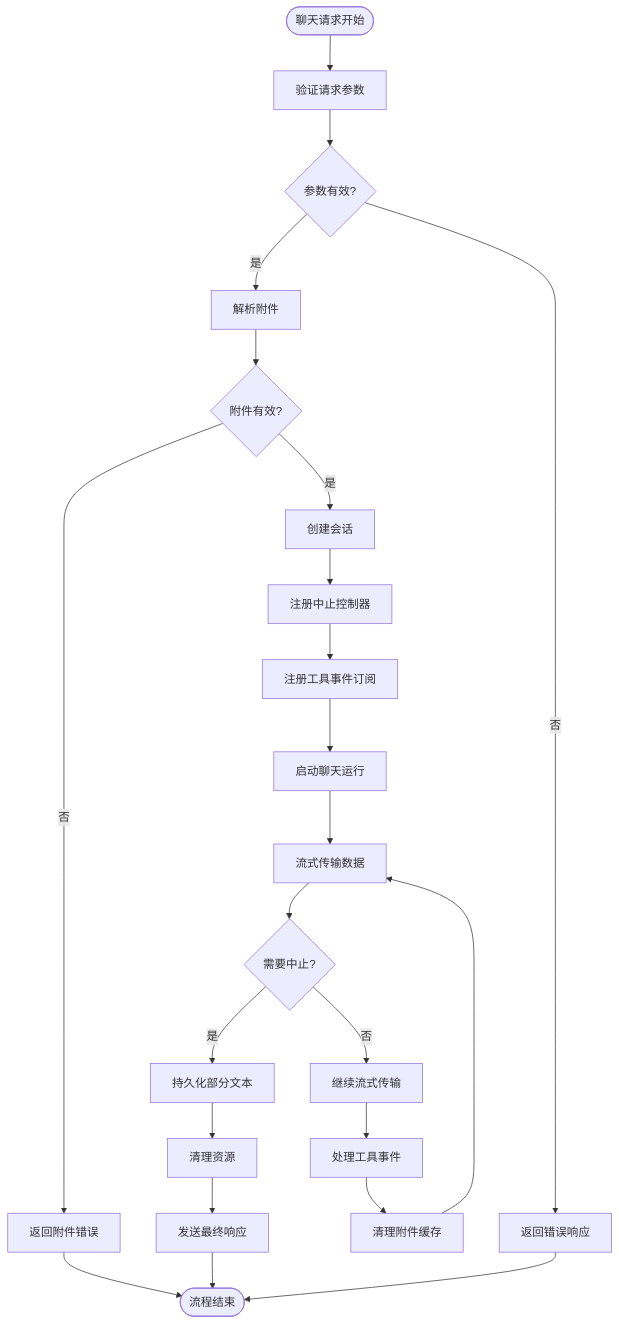
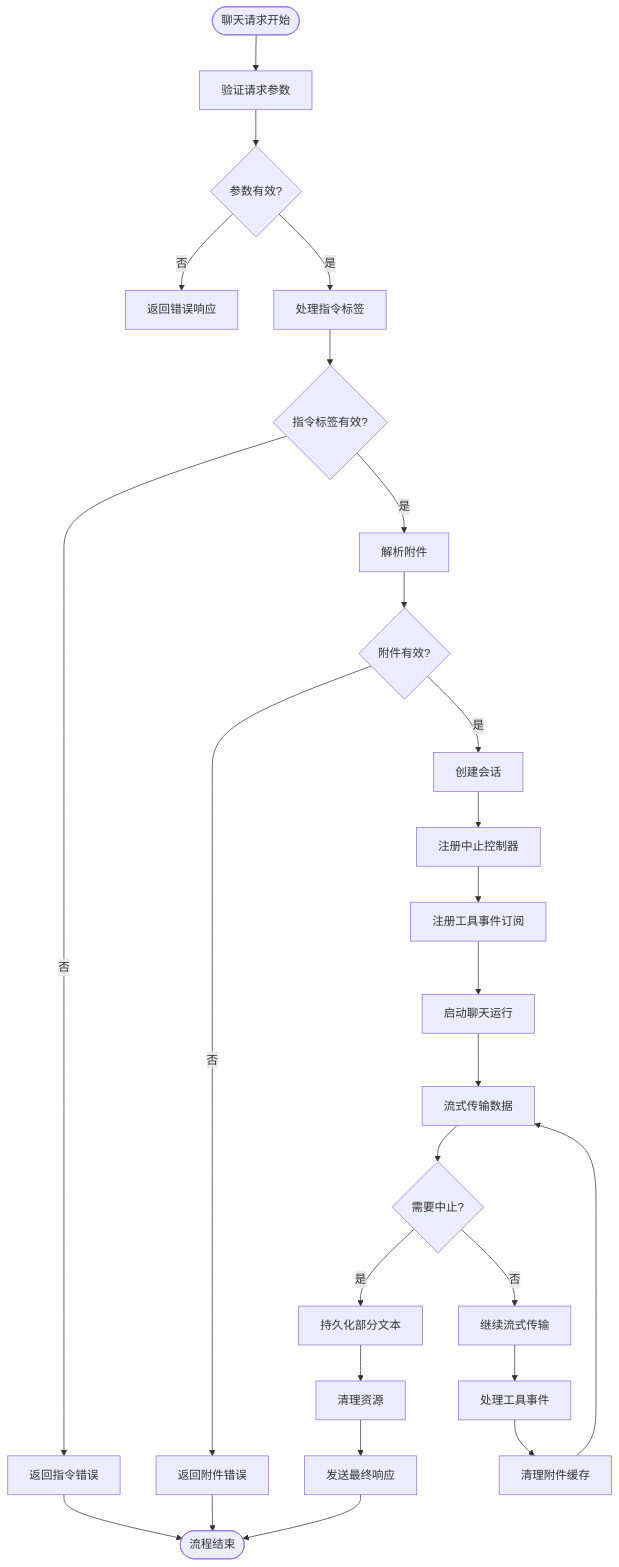
Before and after one commit to verse-ai-org/openclaw: the third of 27 diagrams in .qoder/repowiki/zh/content/Web界面/WebChat界面/聊天运行时提供者增强.md, drawn with Mermaid. The commit also changed other lines of this file and 18 other files, not shown here.

````diff
--- a/.qoder/repowiki/zh/content/Web界面/WebChat界面/聊天运行时提供者增强.md
+++ b/.qoder/repowiki/zh/content/Web界面/WebChat界面/聊天运行时提供者增强.md
@@ -222,25 +257,28 @@
 ```mermaid
 flowchart TD
 Start([聊天请求开始]) --> Validate["验证请求参数"]
 Validate --> Valid{"参数有效?"}
 Valid --> |否| ErrorResponse["返回错误响应"]
-Valid --> |是| ParseAttachments["解析附件"]
+Valid --> |是| ProcessDirective["处理指令标签"]
+ProcessDirective --> DirectiveValid{"指令标签有效?"}
+DirectiveValid --> |否| DirectiveError["返回指令错误"]
+DirectiveValid --> |是| ParseAttachments["解析附件"]
 ParseAttachments --> AttachmentsValid{"附件有效?"}
 AttachmentsValid --> |否| AttachmentError["返回附件错误"]
 AttachmentsValid --> |是| CreateSession["创建会话"]
 CreateSession --> RegisterAbort["注册中止控制器"]
 RegisterAbort --> RegisterToolEvents["注册工具事件订阅"]
 RegisterToolEvents --> StartRun["启动聊天运行"]
 StartRun --> StreamData["流式传输数据"]
 StreamData --> CheckAbort{"需要中止?"}
 CheckAbort --> |是| PersistPartial["持久化部分文本"]
 CheckAbort --> |否| ContinueStream["继续流式传输"]
 ContinueStream --> ToolEvents["处理工具事件"]
 ToolEvents --> CleanupAttachments["清理附件缓存"]
 CleanupAttachments --> StreamData
 PersistPartial --> Cleanup["清理资源"]
 Cleanup --> FinalResponse["发送最终响应"]
-AttachmentError --> End([流程结束])
+DirectiveError --> End([流程结束])
+AttachmentError --> End
 FinalResponse --> End
-ErrorResponse --> End
 ```
````
